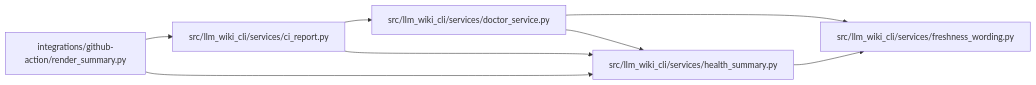
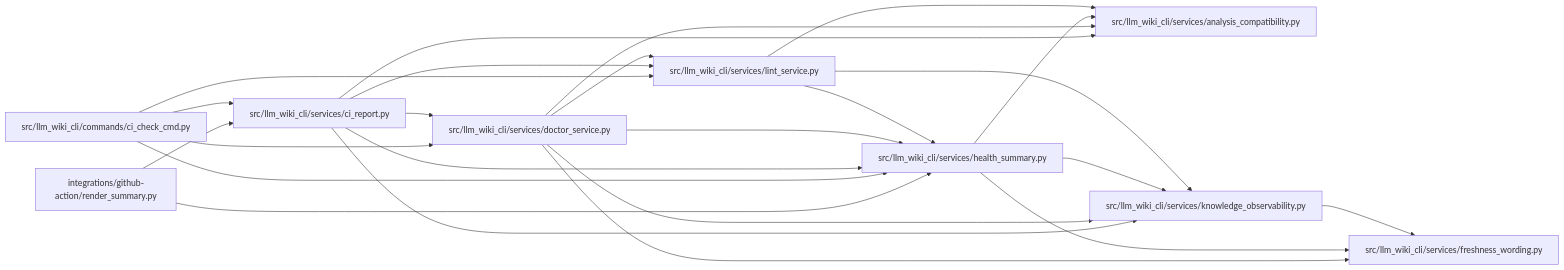
One commit to Denissvgn/python-wiki-llm changed the diagram in docs/llm_wiki/modules/health_summary.md. Above: the diagram before and after it, drawn with Mermaid. The commit also changed other lines of this file and 581 other files, not shown here.

Commit message:
docs(wiki): capture current analysis on native ARM64 Linux

````diff
--- a/docs/llm_wiki/modules/health_summary.md
+++ b/docs/llm_wiki/modules/health_summary.md
@@ -21,20 +34,44 @@
 ```mermaid
 flowchart LR
     n0["integrations/github-action/render_summary.py"]
-    n1["src/llm_wiki_cli/services/ci_report.py"]
-    n2["src/llm_wiki_cli/services/doctor_service.py"]
-    n3["src/llm_wiki_cli/services/freshness_wording.py"]
-    n4["src/llm_wiki_cli/services/health_summary.py"]
-    n0 --> n1
-    n0 --> n4
-    n1 --> n2
+    n1["src/llm_wiki_cli/commands/ci_check_cmd.py"]
+    n2["src/llm_wiki_cli/services/analysis_compatibility.py"]
+    n3["src/llm_wiki_cli/services/ci_report.py"]
+    n4["src/llm_wiki_cli/services/doctor_service.py"]
+    n5["src/llm_wiki_cli/services/freshness_wording.py"]
+    n6["src/llm_wiki_cli/services/health_summary.py"]
+    n7["src/llm_wiki_cli/services/knowledge_observability.py"]
+    n8["src/llm_wiki_cli/services/lint_service.py"]
+    n0 --> n3
+    n0 --> n6
+    n1 --> n3
     n1 --> n4
-    n2 --> n3
-    n2 --> n4
-    n4 --> n3
+    n1 --> n6
+    n1 --> n8
+    n3 --> n2
+    n3 --> n4
+    n3 --> n6
+    n3 --> n7
+    n3 --> n8
+    n4 --> n2
+    n4 --> n5
+    n4 --> n6
+    n4 --> n7
+    n4 --> n8
+    n6 --> n2
+    n6 --> n5
+    n6 --> n7
+    n7 --> n5
+    n8 --> n2
+    n8 --> n6
+    n8 --> n7
     click n0 "../modules/render_summary.md"
-    click n1 "../modules/ci_report.md"
-    click n2 "../modules/doctor_service.md"
-    click n3 "../modules/freshness_wording.md"
-    click n4 "../modules/health_summary.md"
+    click n1 "../modules/ci_check_cmd.md"
+    click n2 "../modules/analysis_compatibility.md"
+    click n3 "../modules/ci_report.md"
+    click n4 "../modules/doctor_service.md"
+    click n5 "../modules/freshness_wording.md"
+    click n6 "../modules/health_summary.md"
+    click n7 "../modules/knowledge_observability.md"
+    click n8 "../modules/lint_service.md"
 ```
````
